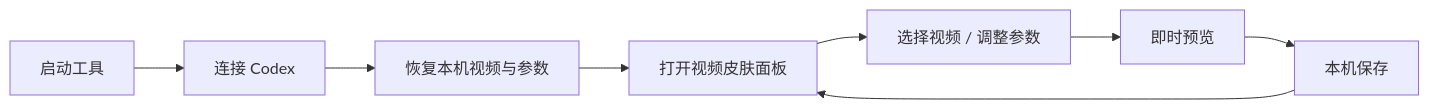
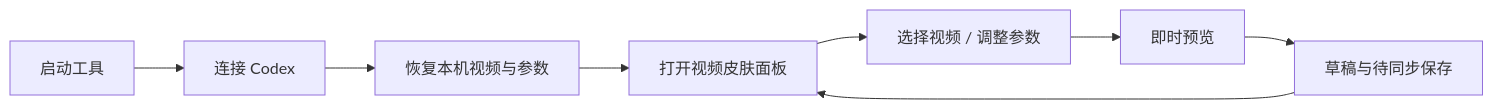
The fifth of 5 diagrams in README.md (czm233/codex-mac-skin), drawn with Mermaid before and after one commit. The commit also changed other lines of this file and 61 other files, not shown here.

````diff
--- a/README.md
+++ b/README.md
@@ -192,10 +217,10 @@
 ```mermaid
 flowchart LR
  A[启动工具] --> B[连接 Codex]
  B --> C[恢复本机视频与参数]
  C --> D[打开视频皮肤面板]
  D --> E[选择视频 / 调整参数]
  E --> F[即时预览]
- F --> G[本机保存]
+ F --> G[草稿与待同步保存]
  G --> D
 ```
````
